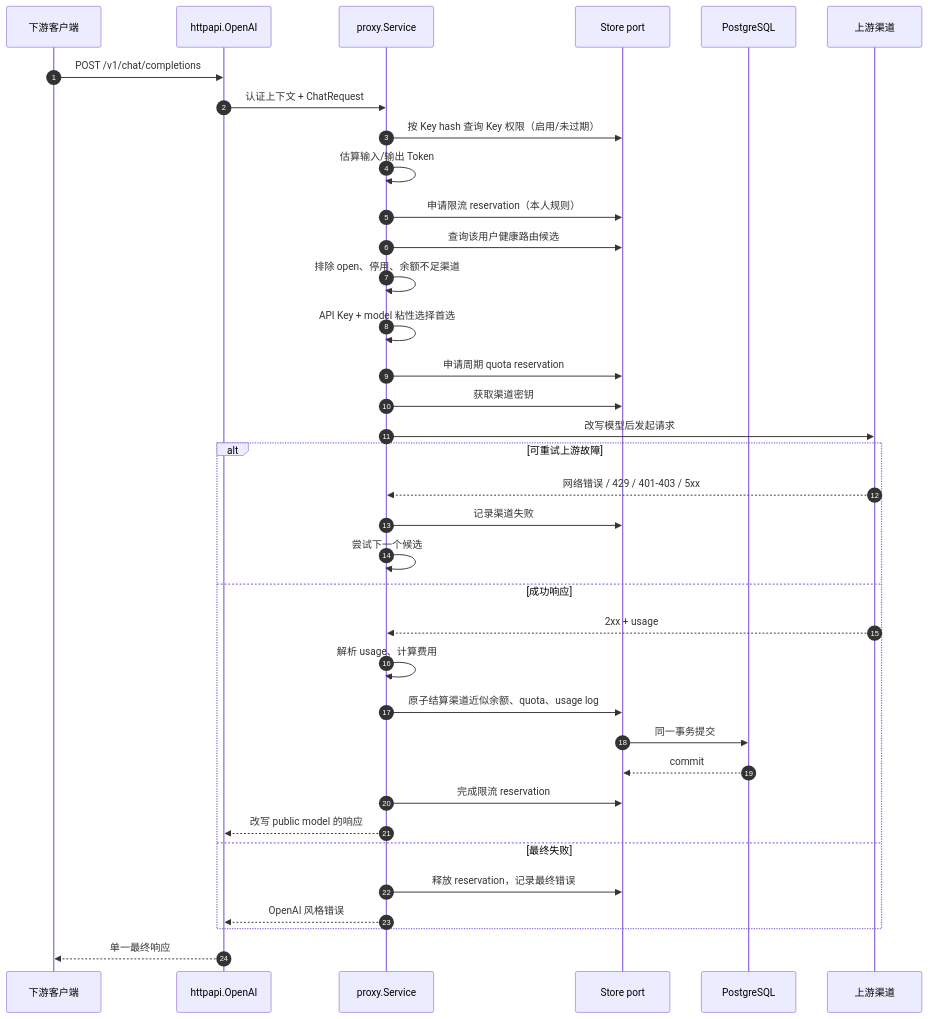
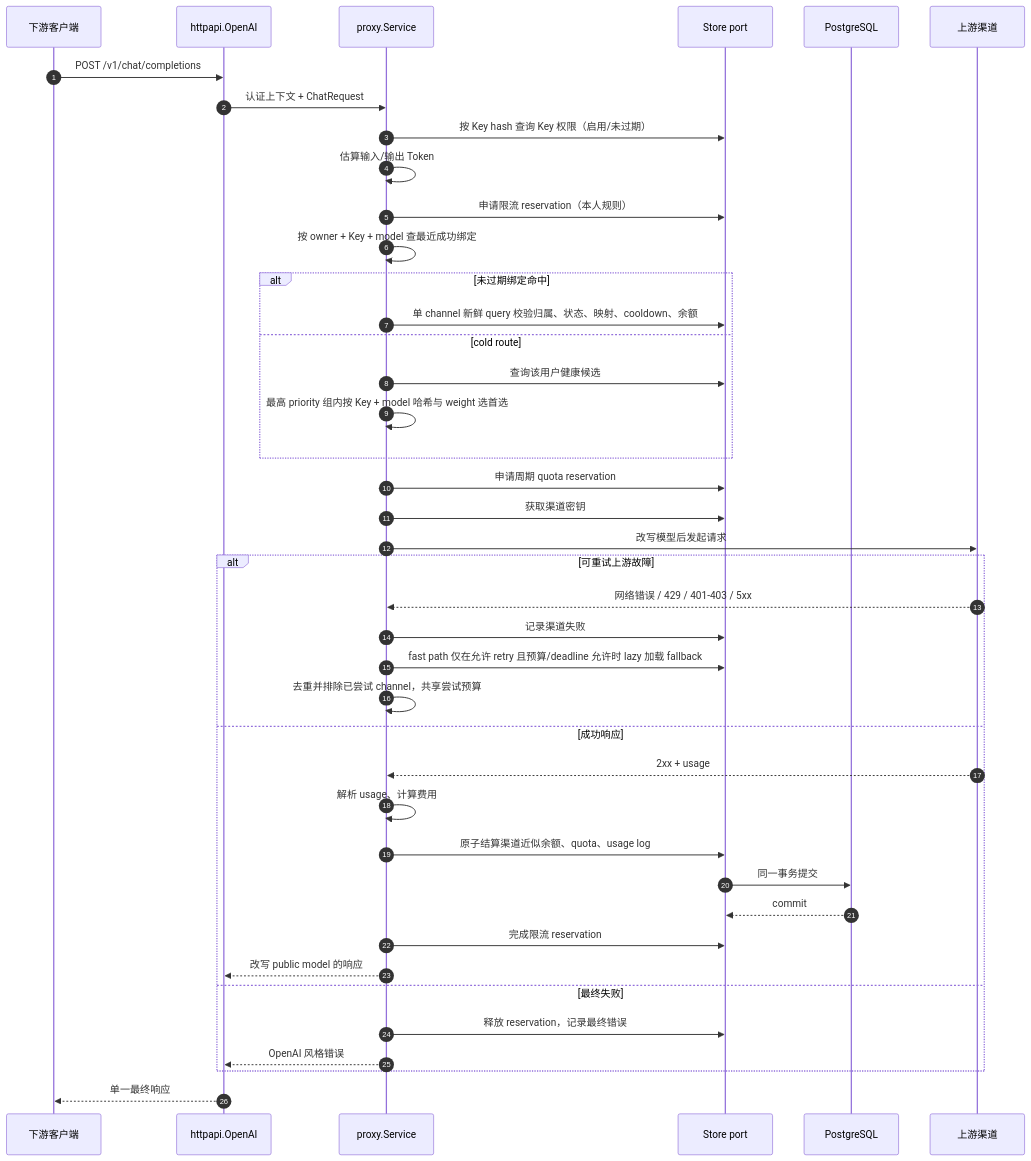
Before and after one commit to epoch-fresh-2026/LLMGateway: the third of 6 diagrams in docs/module-boundaries-and-dataflow.md, drawn with Mermaid. The commit also changed other lines of this file and 23 other files, not shown here.

````diff
--- a/docs/module-boundaries-and-dataflow.md
+++ b/docs/module-boundaries-and-dataflow.md
@@ -138,41 +138,46 @@
 ```mermaid
 sequenceDiagram
     autonumber
     participant Client as 下游客户端
     participant HTTP as httpapi.OpenAI
     participant Proxy as proxy.Service
     participant Store as Store port
     participant PG as PostgreSQL
     participant Upstream as 上游渠道
 
     Client->>HTTP: POST /v1/chat/completions
     HTTP->>Proxy: 认证上下文 + ChatRequest
     Proxy->>Store: 按 Key hash 查询 Key 权限（启用/未过期）
     Proxy->>Proxy: 估算输入/输出 Token
     Proxy->>Store: 申请限流 reservation（本人规则）
-    Proxy->>Store: 查询该用户健康路由候选
-    Proxy->>Proxy: 排除 open、停用、余额不足渠道
-    Proxy->>Proxy: API Key + model 粘性选择首选
+    Proxy->>Proxy: 按 owner + Key + model 查最近成功绑定
+    alt 未过期绑定命中
+        Proxy->>Store: 单 channel 新鲜 query 校验归属、状态、映射、cooldown、余额
+    else cold route
+        Proxy->>Store: 查询该用户健康候选
+        Proxy->>Proxy: 最高 priority 组内按 Key + model 哈希与 weight 选首选
+    end
     Proxy->>Store: 申请周期 quota reservation
     Proxy->>Store: 获取渠道密钥
     Proxy->>Upstream: 改写模型后发起请求
 
     alt 可重试上游故障
         Upstream-->>Proxy: 网络错误 / 429 / 401-403 / 5xx
         Proxy->>Store: 记录渠道失败
-        Proxy->>Proxy: 尝试下一个候选
+        Proxy->>Store: fast path 仅在允许 retry 且预算/deadline 允许时 lazy 加载 fallback
+        Proxy->>Proxy: 去重并排除已尝试 channel，共享尝试预算
     else 成功响应
         Upstream-->>Proxy: 2xx + usage
         Proxy->>Proxy: 解析 usage、计算费用
         Proxy->>Store: 原子结算渠道近似余额、quota、usage log
         Store->>PG: 同一事务提交
         PG-->>Store: commit
         Proxy->>Store: 完成限流 reservation
         Proxy-->>HTTP: 改写 public model 的响应
     else 最终失败
         Proxy->>Store: 释放 reservation，记录最终错误
         Proxy-->>HTTP: OpenAI 风格错误
     end
 
     HTTP-->>Client: 单一最终响应
 ```
````
